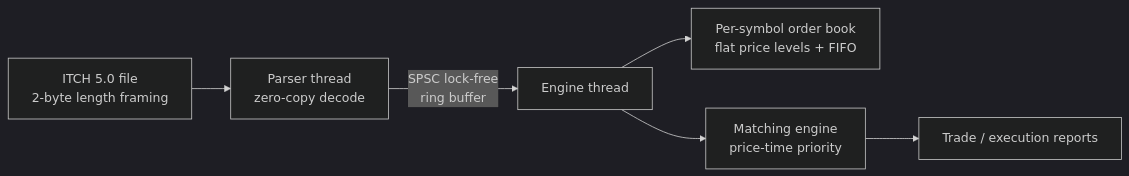
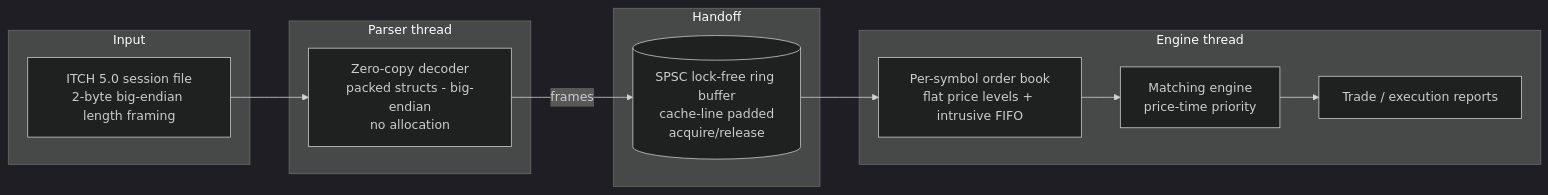
Before and after one commit to yadavchandan84/matchcore-engine: the diagram in README.md, drawn with Mermaid (dark theme). The commit also changed other lines of this file, not shown here.

Commit message:
docs: rewrite README with richer overview, roadmap, and architecture

````diff
--- a/README.md
+++ b/README.md
@@ -16,8 +47,22 @@
 ```mermaid
 flowchart LR
-    A[ITCH 5.0 file<br/>2-byte length framing] --> B[Parser thread<br/>zero-copy decode]
-    B -->|SPSC lock-free<br/>ring buffer| C[Engine thread]
-    C --> D[Per-symbol order book<br/>flat price levels + FIFO]
-    C --> E[Matching engine<br/>price-time priority]
-    E --> F[Trade / execution reports]
+    subgraph input [Input]
+        F[ITCH 5.0 session file<br/>2-byte big-endian length framing]
+    end
+
+    subgraph parser [Parser thread]
+        P[Zero-copy decoder<br/>packed structs - big-endian<br/>no allocation]
+    end
+
+    subgraph queue [Handoff]
+        R[(SPSC lock-free ring buffer<br/>cache-line padded<br/>acquire/release)]
+    end
+
+    subgraph engine [Engine thread]
+        B[Per-symbol order book<br/>flat price levels + intrusive FIFO]
+        M[Matching engine<br/>price-time priority]
+        O[Trade / execution reports]
+    end
+
+    F --> P -->|frames| R --> B --> M --> O
 ```
````
